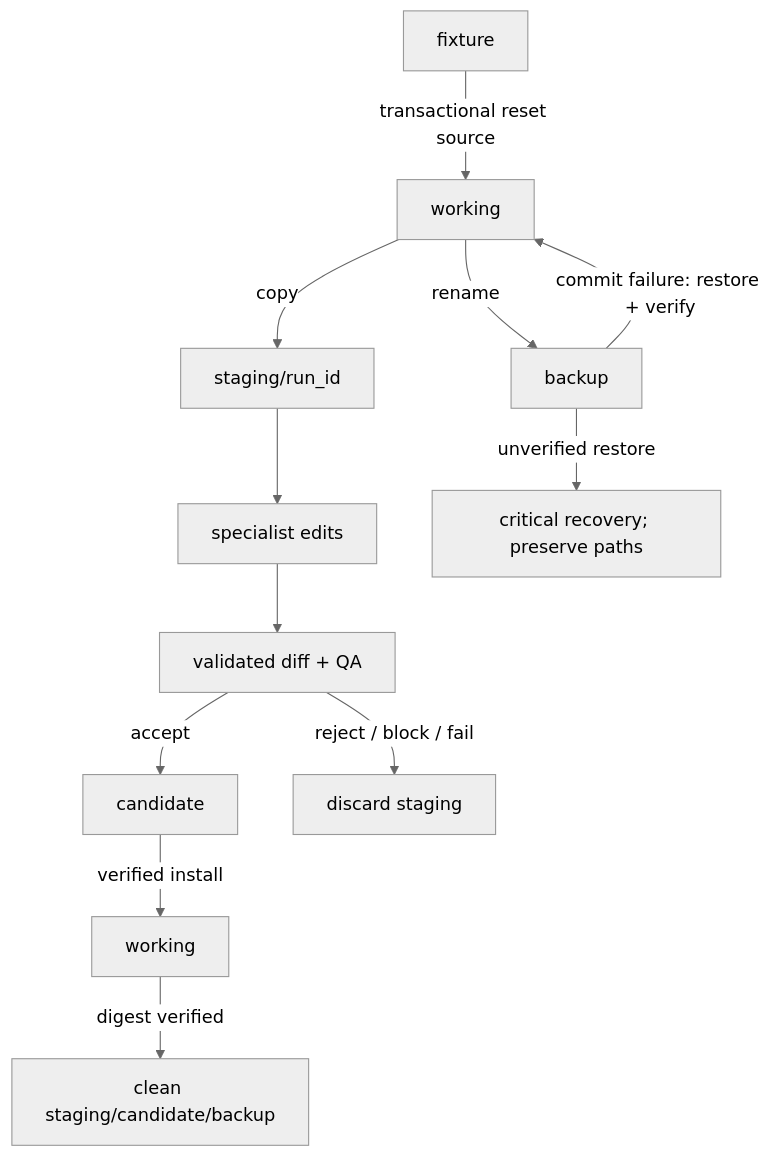
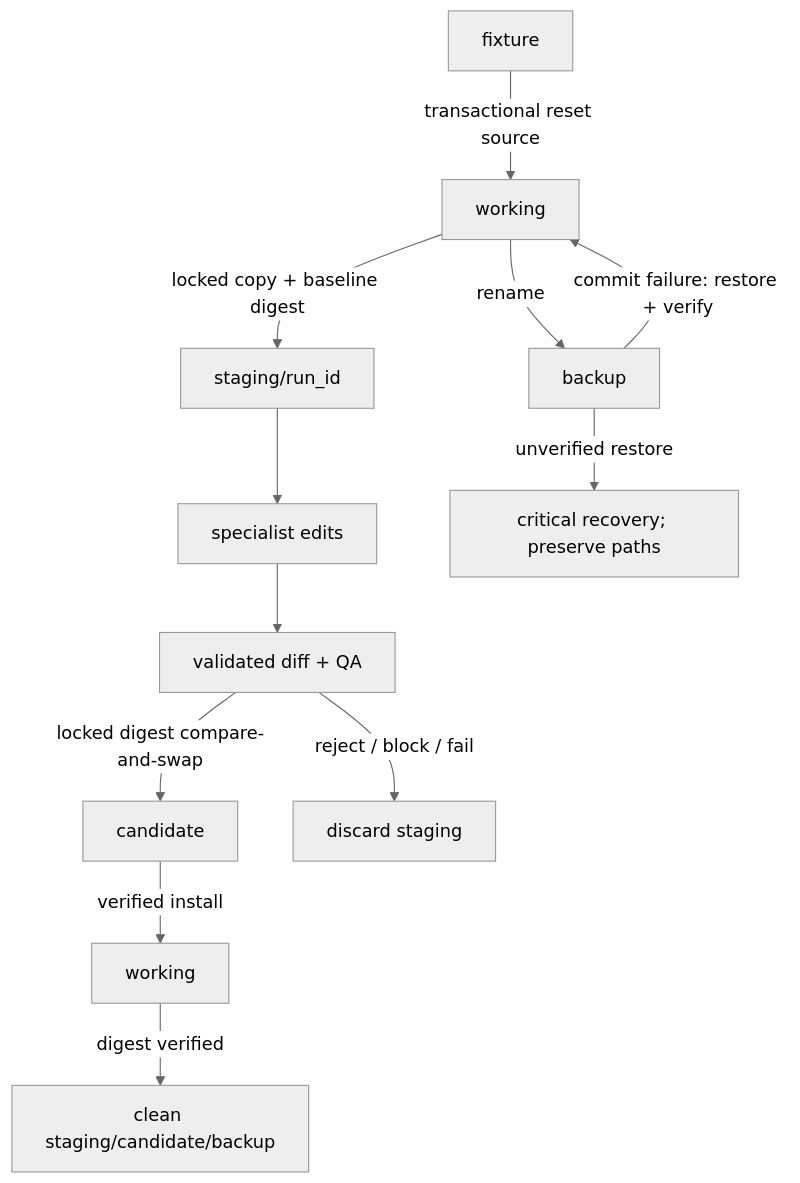
One commit to NaimurRahmannn/Multi-Agent-Orchestrator changed the fourth of 6 diagrams in agentorchestra/docs/architecture.md. Above: the diagram before and after it, drawn with Mermaid (neutral theme). The commit also changed other lines of this file and 13 other files, not shown here.

````diff
--- a/agentorchestra/docs/architecture.md
+++ b/agentorchestra/docs/architecture.md
@@ -85,14 +85,14 @@
 ```mermaid
 flowchart TD
     FIX[fixture] -->|transactional reset source| WORK[working]
-    WORK -->|copy| STAGE[staging/run_id]
+    WORK -->|locked copy + baseline digest| STAGE[staging/run_id]
     STAGE --> EDIT[specialist edits]
     EDIT --> REVIEW[validated diff + QA]
-    REVIEW -->|accept| CAND[candidate]
+    REVIEW -->|locked digest compare-and-swap| CAND[candidate]
     WORK -->|rename| BACK[backup]
     CAND -->|verified install| WORK2[working]
     WORK2 -->|digest verified| CLEAN[clean staging/candidate/backup]
     REVIEW -->|reject / block / fail| DISCARD[discard staging]
     BACK -->|commit failure: restore + verify| WORK
     BACK -->|unverified restore| CRIT[critical recovery; preserve paths]
 ```
````
